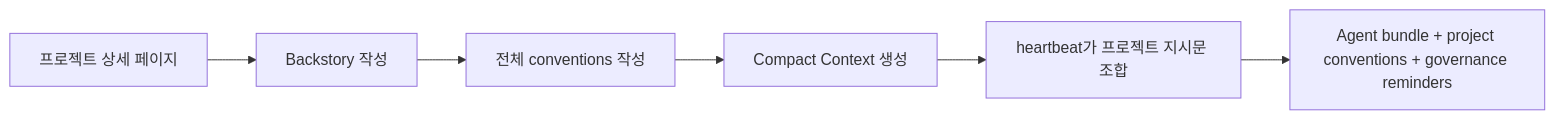
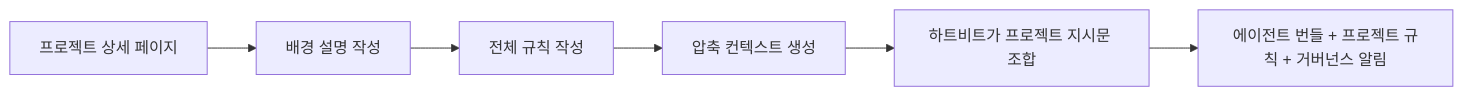
The diagram in docs-site/i18n/ko/docusaurus-plugin-content-docs/current/guides/board-operator/project-conventions.md (atototo/baton), drawn with Mermaid before and after one commit. The commit also changed other lines of this file and 18 other files, not shown here.

````diff
--- a/docs-site/i18n/ko/docusaurus-plugin-content-docs/current/guides/board-operator/project-conventions.md
+++ b/docs-site/i18n/ko/docusaurus-plugin-content-docs/current/guides/board-operator/project-conventions.md
@@ -10,8 +10,8 @@
 ```mermaid
 flowchart LR
-  A["프로젝트 상세 페이지"] --> B["Backstory 작성"]
-  B --> C["전체 conventions 작성"]
-  C --> D["Compact Context 생성"]
-  D --> E["heartbeat가 프로젝트 지시문 조합"]
-  E --> F["Agent bundle + project conventions + governance reminders"]
+  A["프로젝트 상세 페이지"] --> B["배경 설명 작성"]
+  B --> C["전체 규칙 작성"]
+  C --> D["압축 컨텍스트 생성"]
+  D --> E["하트비트가 프로젝트 지시문 조합"]
+  E --> F["에이전트 번들 + 프로젝트 규칙 + 거버넌스 알림"]
 ```
````
